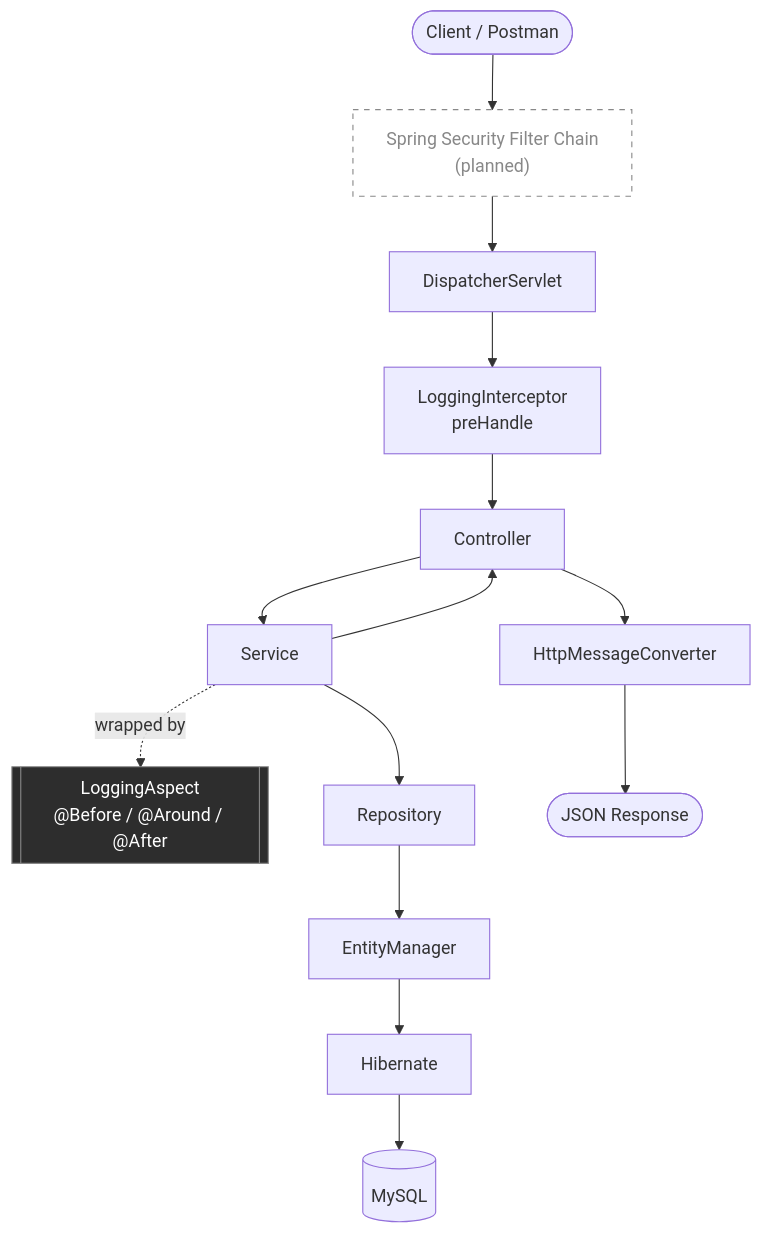
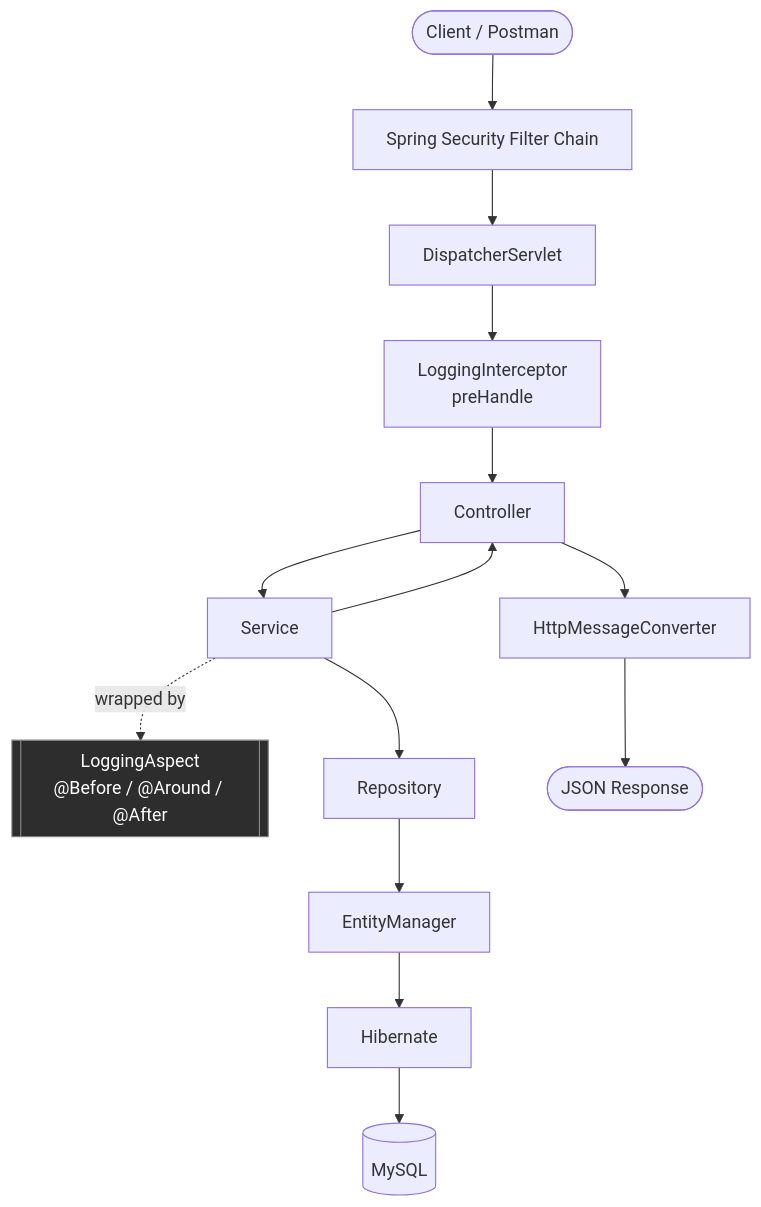
One commit to temptation4/-spring-interview-lab changed the first of 9 diagrams in spring-interview-lab/README.md. Above: the diagram before and after it, drawn with Mermaid. The commit also changed other lines of this file, not shown here.

First line of the commit message:
Present Spring Security/Cloud as regular sections, not placeholders

````diff
--- a/spring-interview-lab/README.md
+++ b/spring-interview-lab/README.md
@@ -29,19 +29,18 @@
 ```mermaid
 graph TD
-    Client(["Client / Postman"]) --> Sec["Spring Security Filter Chain<br/>(planned)"]
+    Client(["Client / Postman"]) --> Sec["Spring Security Filter Chain"]
     Sec --> DS[DispatcherServlet]
     DS --> HI[LoggingInterceptor<br/>preHandle]
     HI --> Ctrl[Controller]
     Ctrl --> Svc[Service]
     Svc -. wrapped by .-> Aspect[["LoggingAspect<br/>@Before / @Around / @After"]]
     Svc --> Repo[Repository]
     Repo --> EM[EntityManager]
     EM --> Hib[Hibernate]
     Hib --> DB[(MySQL)]
     Svc --> Ctrl
     Ctrl --> HMC[HttpMessageConverter]
     HMC --> Resp(["JSON Response"])
 
     style Aspect fill:#2d2d2d,stroke:#888,color:#fff
-    style Sec fill:none,stroke:#888,stroke-dasharray: 5 5,color:#888
 ```
````
